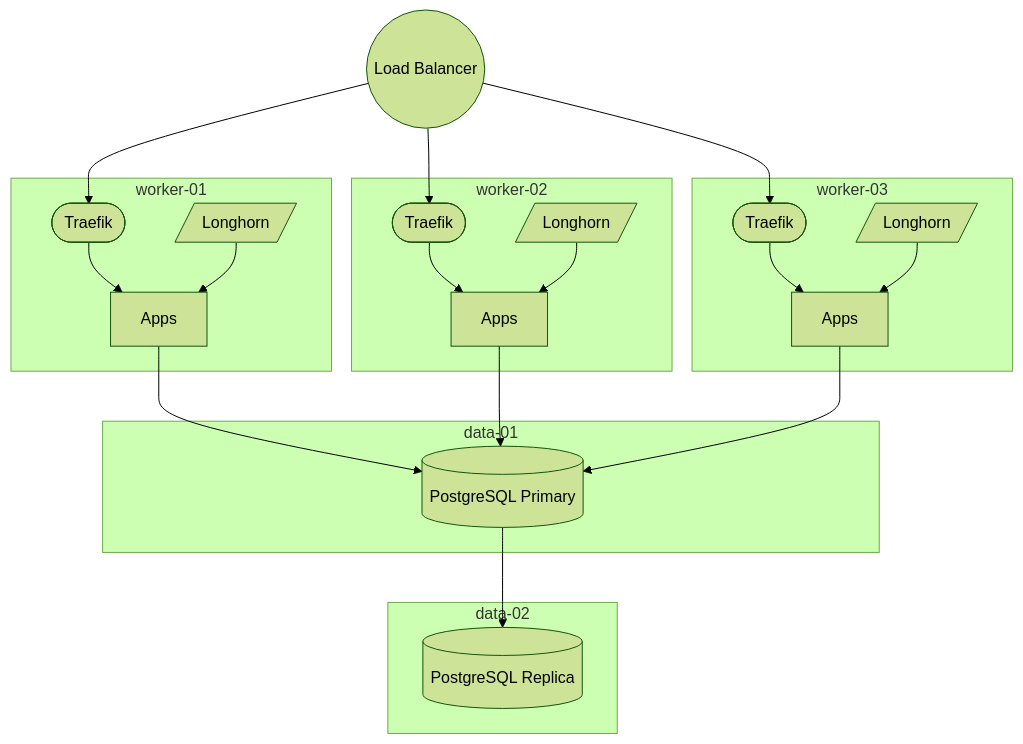
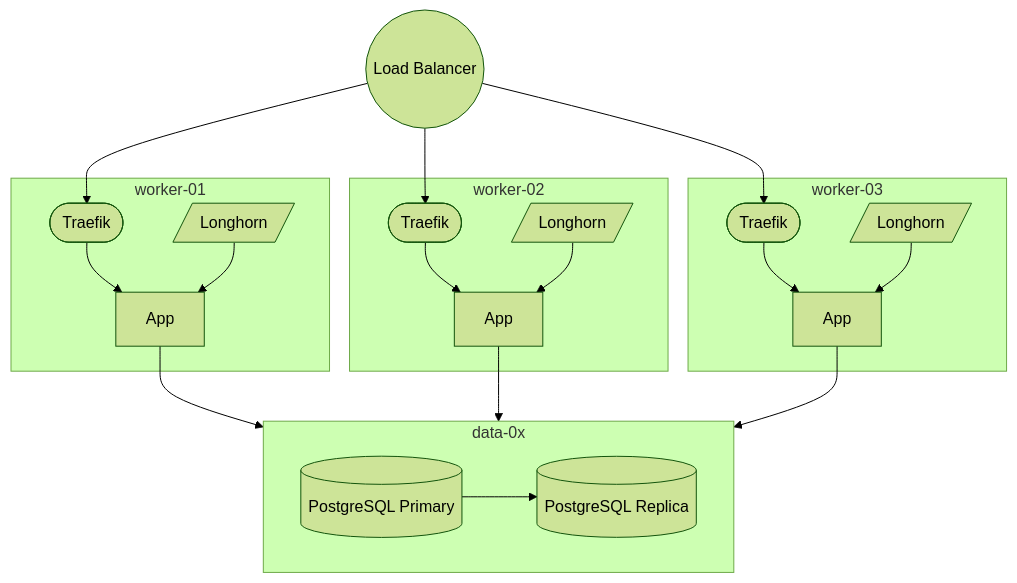
The diagram in content/posts/10-build-your-kubernetes-cluster/index.md (adr1enbe4udou1n/blog), drawn with Mermaid (forest theme) before and after one commit. The commit also changed other lines of this file and 1 other file, not shown here.

````diff
--- a/content/posts/10-build-your-kubernetes-cluster/index.md
+++ b/content/posts/10-build-your-kubernetes-cluster/index.md
@@ -56,41 +58,40 @@
 ```mermaid
 flowchart TD
 lb((Load Balancer))
 subgraph worker-01
     traefik-01([Traefik])
-    apps-01[Apps]
+    app-01[App]
     longhorn-01[/Longhorn/]
 
-    traefik-01 --> apps-01
-    longhorn-01 --> apps-01
+    traefik-01 --> app-01
+    longhorn-01 --> app-01
 end
 subgraph worker-02
     traefik-02([Traefik])
-    apps-02[Apps]
+    app-02[App]
     longhorn-02[/Longhorn/]
 
-    traefik-02 --> apps-02
-    longhorn-02 --> apps-02
+    traefik-02 --> app-02
+    longhorn-02 --> app-02
 end
 subgraph worker-03
     traefik-03([Traefik])
-    apps-03[Apps]
+    app-03[App]
     longhorn-03[/Longhorn/]
 
-    traefik-03 --> apps-03
-    longhorn-03 --> apps-03
+    traefik-03 --> app-03
+    longhorn-03 --> app-03
 end
 lb --> traefik-01
 lb --> traefik-02
 lb --> traefik-03
-subgraph data-01
+subgraph data [data-0x]
+    direction LR
     postgresql[(PostgreSQL Primary)]
-end
-subgraph data-02
     postgresql-replica[(PostgreSQL Replica)]
 end
-apps-01 --> postgresql
-apps-02 --> postgresql
-apps-03 --> postgresql
+app-01 --> data
+app-02 --> data
+app-03 --> data
 postgresql --> postgresql-replica
 ```
````
